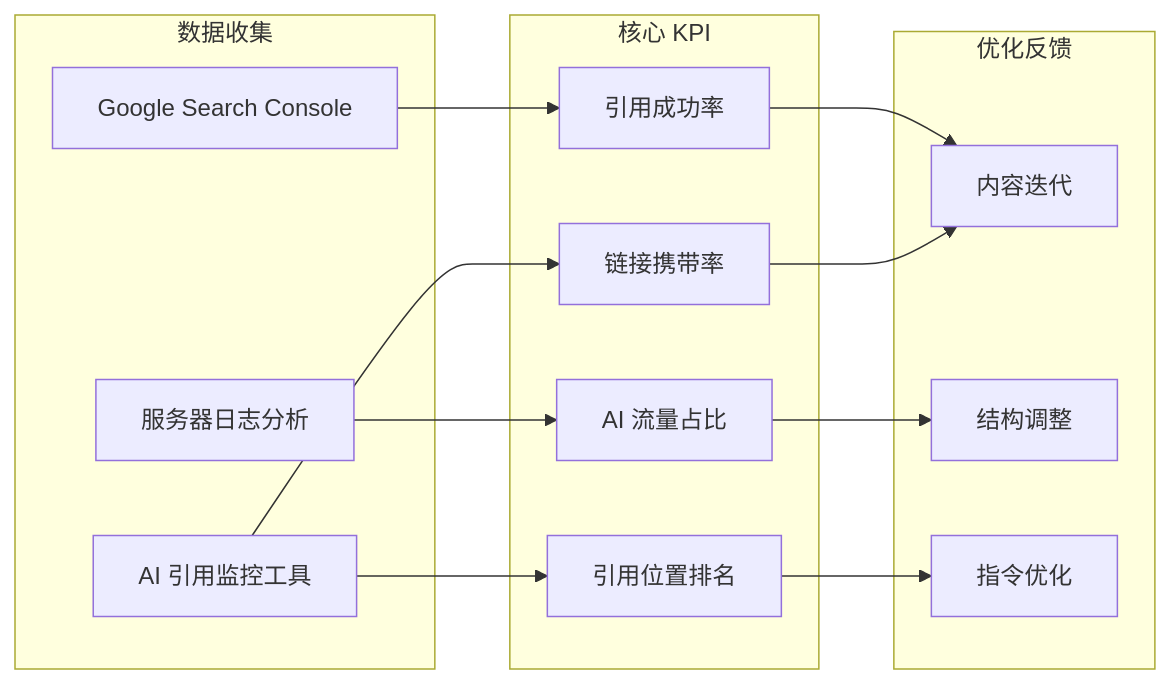
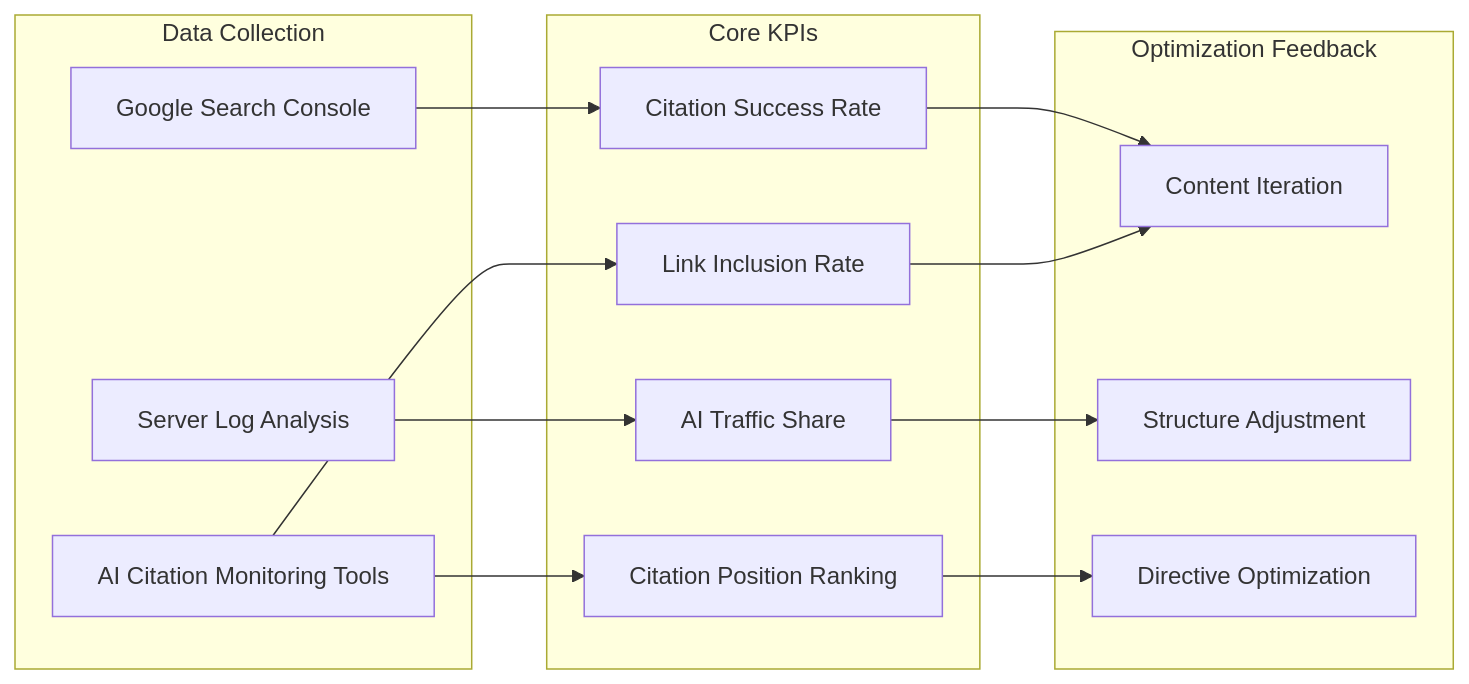
One commit to ChanMeng666/chanmeng-knowledge-base changed the fourth of 5 diagrams in content/SEO/AI Search Engine Optimization.md. Above: the diagram before and after it, drawn with Mermaid. The commit also changed other lines of this file and 4 other files, not shown here.

````diff
--- a/content/SEO/AI Search Engine Optimization.md
+++ b/content/SEO/AI Search Engine Optimization.md
@@ -561,31 +561,31 @@
 ```mermaid
 graph LR
-    subgraph "数据收集"
+    subgraph "Data Collection"
         A[Google Search Console]
-        B[服务器日志分析]
-        C[AI 引用监控工具]
+        B[Server Log Analysis]
+        C[AI Citation Monitoring Tools]
     end
 
-    subgraph "核心 KPI"
-        D[引用成功率]
-        E[AI 流量占比]
-        F[引用位置排名]
-        G[链接携带率]
+    subgraph "Core KPIs"
+        D[Citation Success Rate]
+        E[AI Traffic Share]
+        F[Citation Position Ranking]
+        G[Link Inclusion Rate]
     end
 
-    subgraph "优化反馈"
-        H[内容迭代]
-        I[结构调整]
-        J[指令优化]
+    subgraph "Optimization Feedback"
+        H[Content Iteration]
+        I[Structure Adjustment]
+        J[Directive Optimization]
     end
 
     A --> D
     B --> E
     C --> F
     C --> G
 
     D --> H
     E --> I
     F --> J
     G --> H
 ```
````
